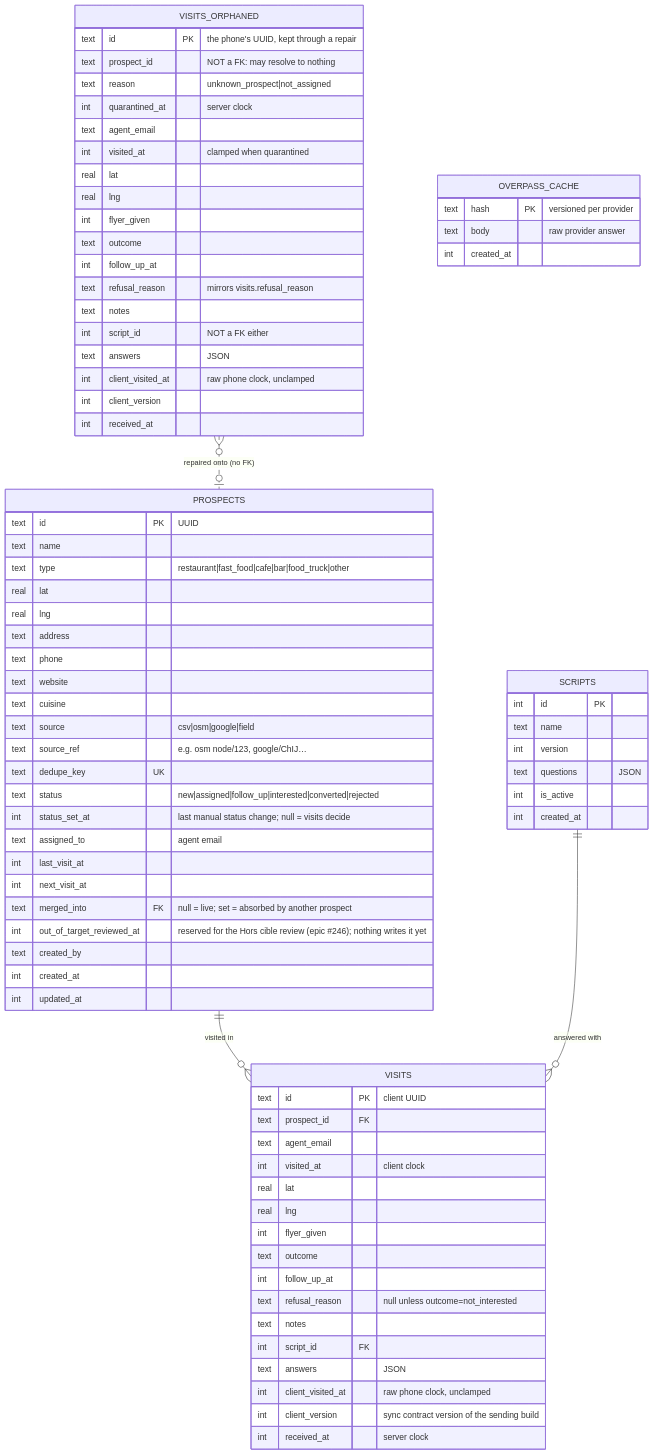
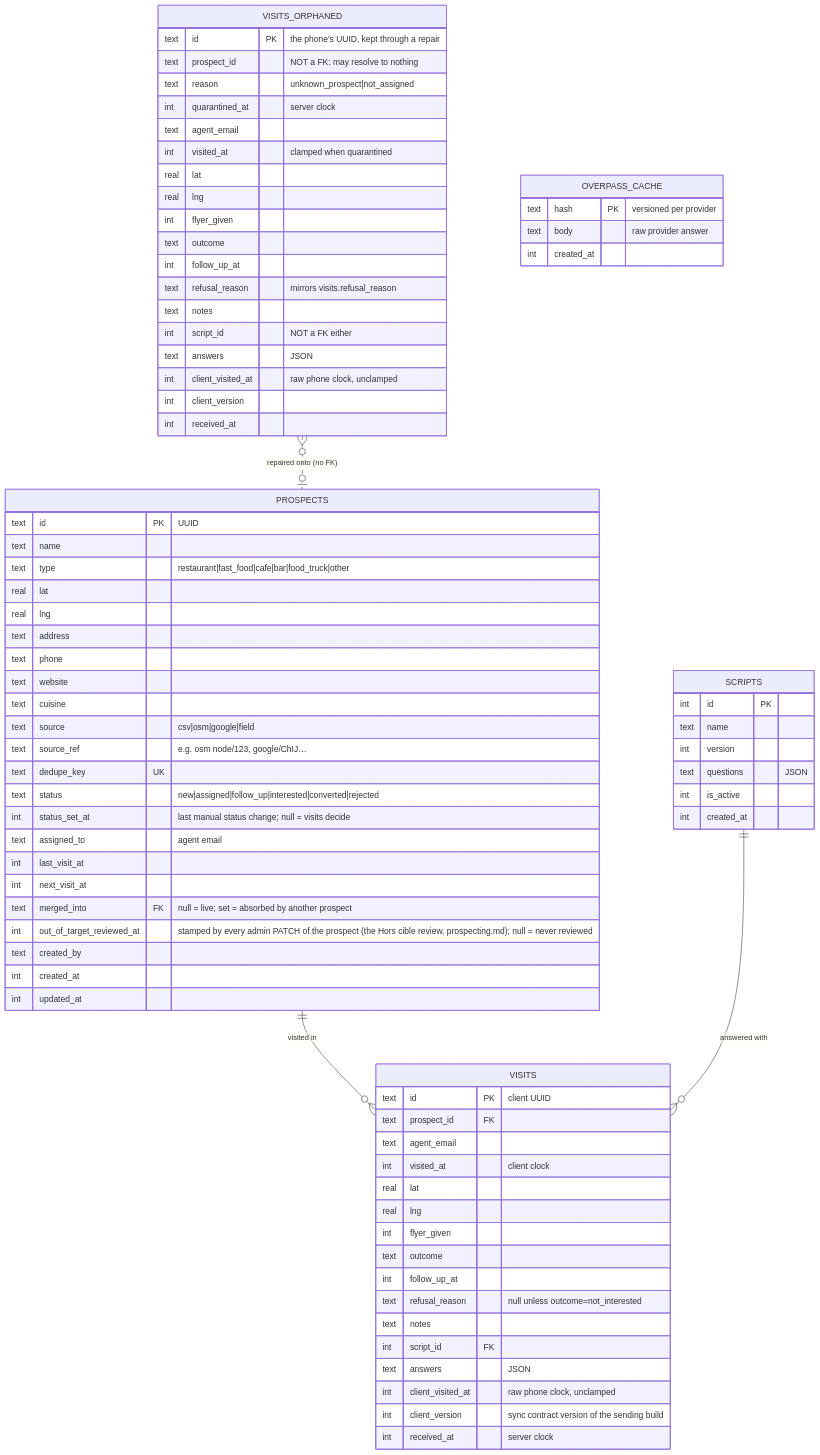
One commit to FixByteStudio/captain-prospectus changed the diagram in docs/data-model.md. Above: the diagram before and after it, drawn with Mermaid. The commit also changed 15 other files, not shown here.

First line of the commit message:
feat(prospecting): Prospects flags places reported Hors cible (#250)

````diff
--- a/docs/data-model.md
+++ b/docs/data-model.md
@@ -5,81 +5,81 @@
 ```mermaid
 erDiagram
   PROSPECTS ||--o{ VISITS : "visited in"
   SCRIPTS ||--o{ VISITS : "answered with"
   VISITS_ORPHANED }o..o| PROSPECTS : "repaired onto (no FK)"
   PROSPECTS {
     text id PK "UUID"
     text name
     text type "restaurant|fast_food|cafe|bar|food_truck|other"
     real lat
     real lng
     text address
     text phone
     text website
     text cuisine
     text source "csv|osm|google|field"
     text source_ref "e.g. osm node/123, google/ChIJ…"
     text dedupe_key UK
     text status "new|assigned|follow_up|interested|converted|rejected"
     int status_set_at "last manual status change; null = visits decide"
     text assigned_to "agent email"
     int last_visit_at
     int next_visit_at
     text merged_into FK "null = live; set = absorbed by another prospect"
-    int out_of_target_reviewed_at "reserved for the Hors cible review (epic #246); nothing writes it yet"
+    int out_of_target_reviewed_at "stamped by every admin PATCH of the prospect (the Hors cible review, prospecting.md); null = never reviewed"
     text created_by
     int created_at
     int updated_at
   }
   VISITS {
     text id PK "client UUID"
     text prospect_id FK
     text agent_email
     int visited_at "client clock"
     real lat
     real lng
     int flyer_given
     text outcome
     int follow_up_at
     text refusal_reason "null unless outcome=not_interested"
     text notes
     int script_id FK
     text answers "JSON"
     int client_visited_at "raw phone clock, unclamped"
     int client_version "sync contract version of the sending build"
     int received_at "server clock"
   }
   VISITS_ORPHANED {
     text id PK "the phone's UUID, kept through a repair"
     text prospect_id "NOT a FK: may resolve to nothing"
     text reason "unknown_prospect|not_assigned"
     int quarantined_at "server clock"
     text agent_email
     int visited_at "clamped when quarantined"
     real lat
     real lng
     int flyer_given
     text outcome
     int follow_up_at
     text refusal_reason "mirrors visits.refusal_reason"
     text notes
     int script_id "NOT a FK either"
     text answers "JSON"
     int client_visited_at "raw phone clock, unclamped"
     int client_version
     int received_at
   }
   SCRIPTS {
     int id PK
     text name
     int version
     text questions "JSON"
     int is_active
     int created_at
   }
   OVERPASS_CACHE {
     text hash PK "versioned per provider"
     text body "raw provider answer"
     int created_at
   }
 ```
````
